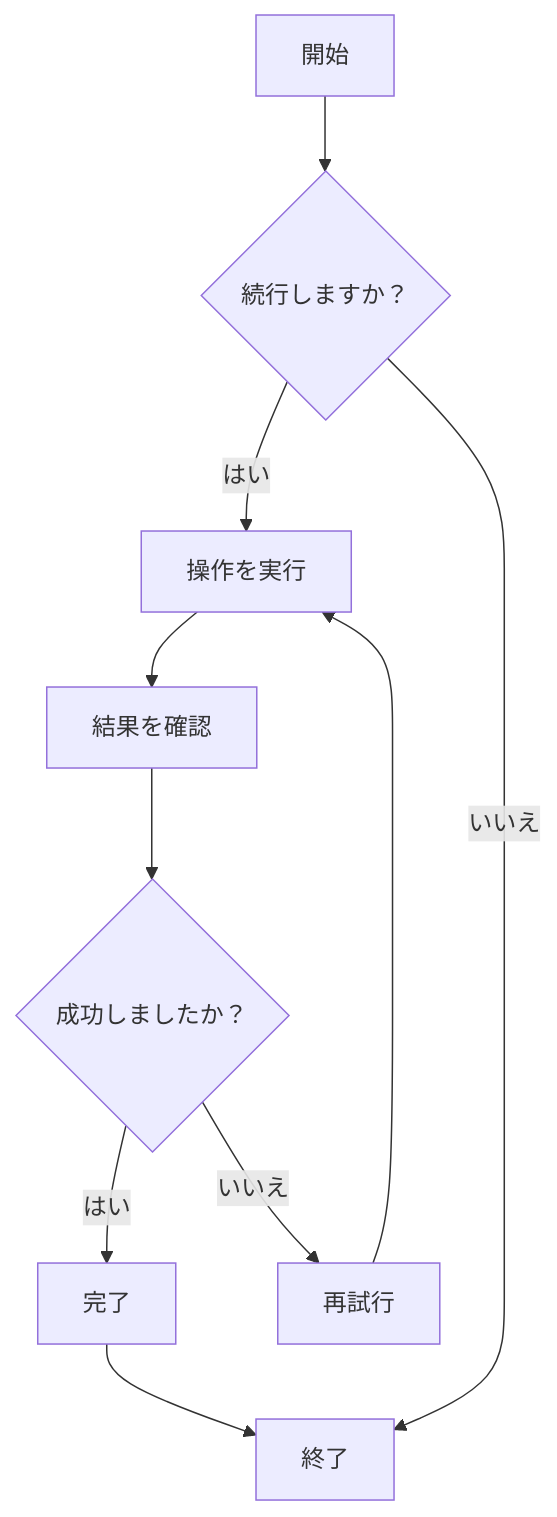
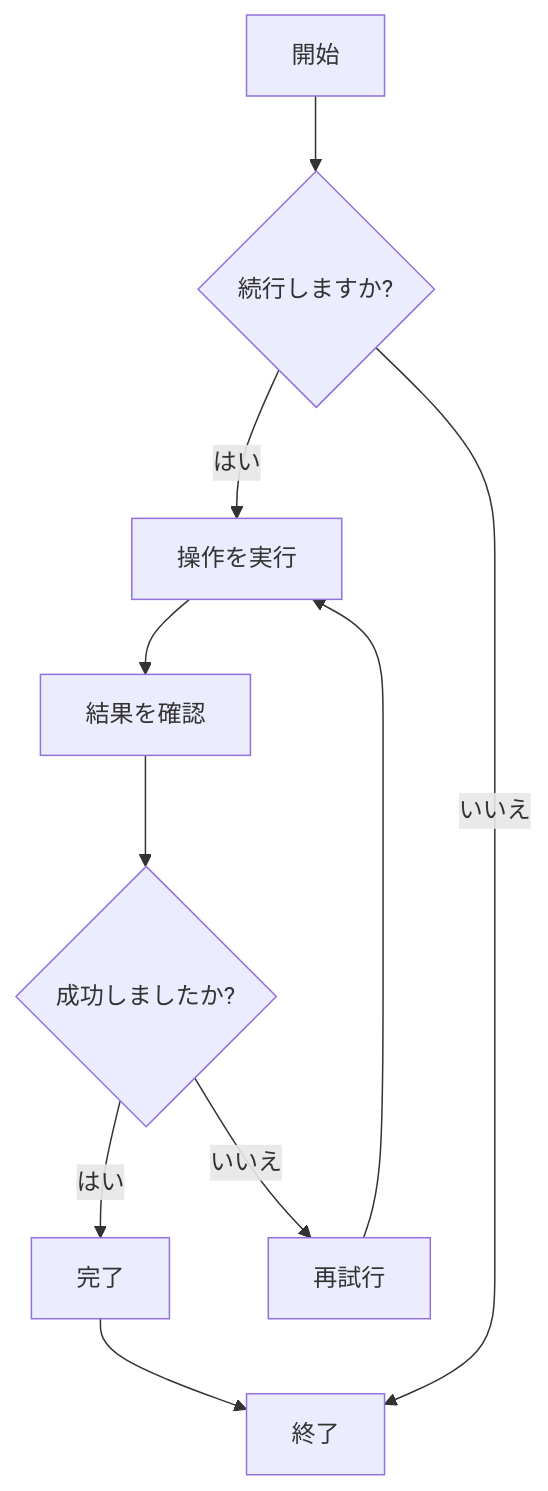
One commit to zccz14/CZON changed the first of 7 diagrams in .czon/src/ja-JP/8938d6aac9c056c06137a041b8e82379bfb619bb6d435b9ecec515337dd0cd69.md. Above: the diagram before and after it, drawn with Mermaid. The commit also changed other lines of this file and 148 other files, not shown here.

````diff
--- a/.czon/src/ja-JP/8938d6aac9c056c06137a041b8e82379bfb619bb6d435b9ecec515337dd0cd69.md
+++ b/.czon/src/ja-JP/8938d6aac9c056c06137a041b8e82379bfb619bb6d435b9ecec515337dd0cd69.md
@@ -23,12 +22,12 @@
 ```mermaid
 graph TD
-    A[開始] --> B{続行しますか？}
+    A[開始] --> B{続行しますか?}
     B -->|はい| C[操作を実行]
     B -->|いいえ| D[終了]
     C --> E[結果を確認]
-    E --> F{成功しましたか？}
+    E --> F{成功しましたか?}
     F -->|はい| G[完了]
     F -->|いいえ| H[再試行]
     H --> C
     G --> D
 ```
````
